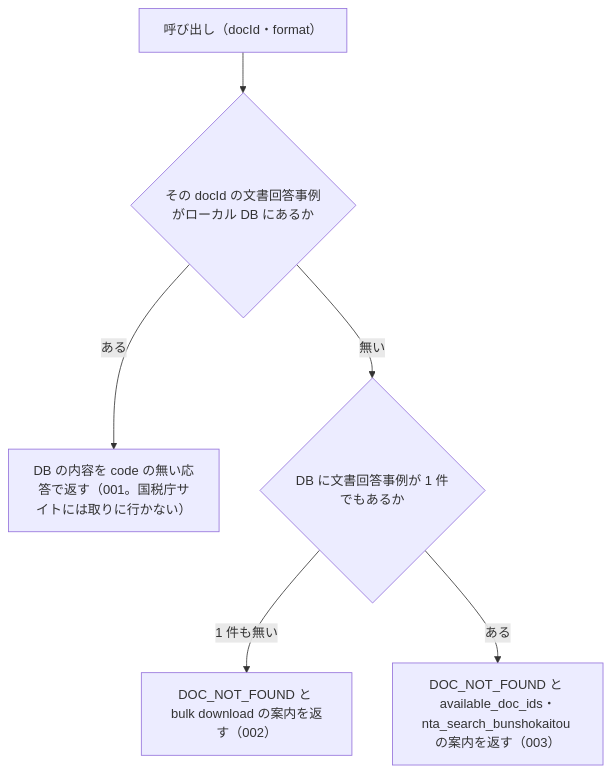
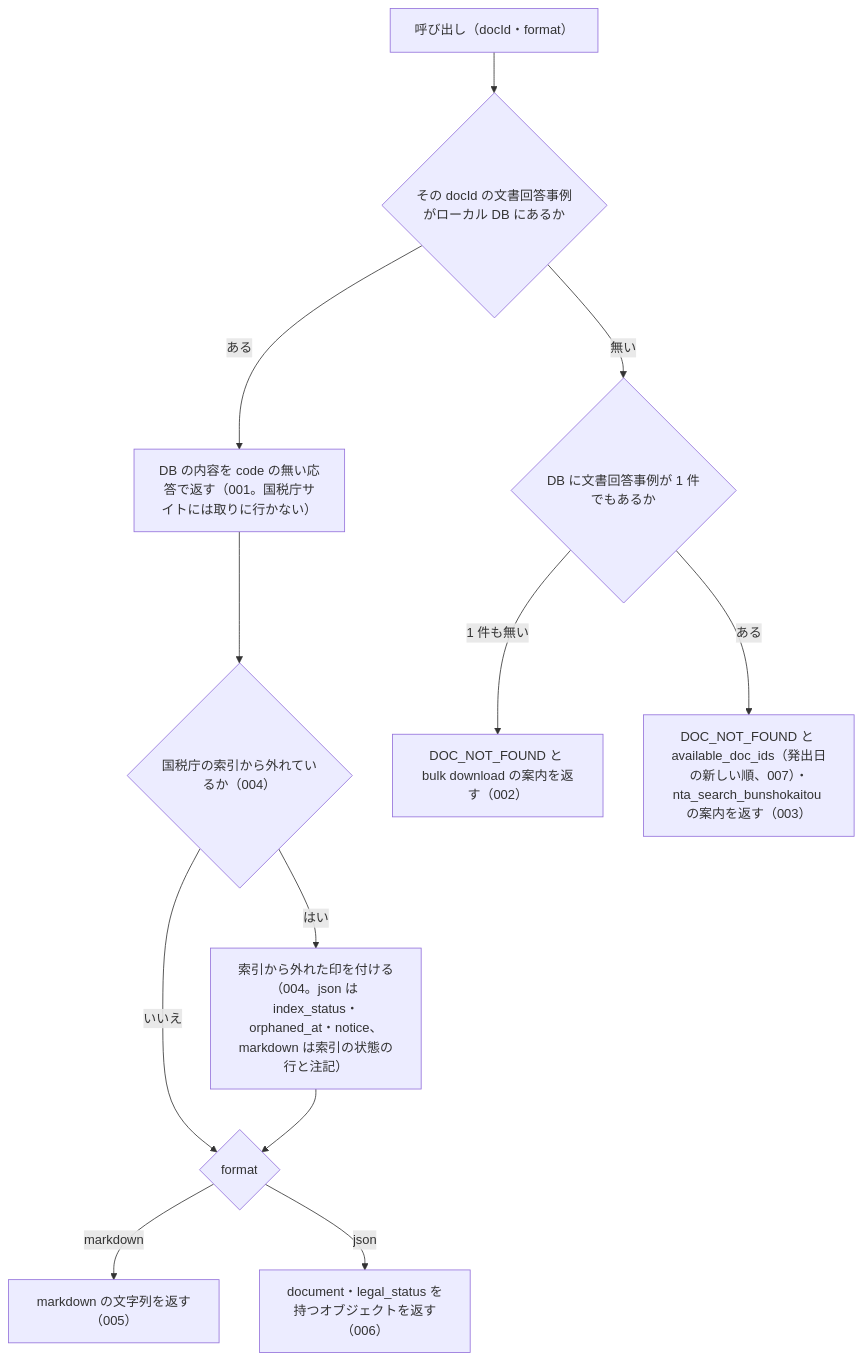
The diagram in specs/current/nta_get_bunshokaitou/spec.md (shuji-bonji/houki-nta-mcp), drawn with Mermaid before and after one commit. The commit also changed other lines of this file and 45 other files, not shown here.

````diff
--- a/specs/current/nta_get_bunshokaitou/spec.md
+++ b/specs/current/nta_get_bunshokaitou/spec.md
@@ -28,8 +28,14 @@
 ```mermaid
 flowchart TD
   A["呼び出し（docId・format）"] --> B{"その docId の文書回答事例がローカル DB にあるか"}
   B -- ある --> C["DB の内容を code の無い応答で返す（001。国税庁サイトには取りに行かない）"]
+  C --> F{"国税庁の索引から外れているか（004）"}
+  F -- はい --> G["索引から外れた印を付ける（004。json は index_status・orphaned_at・notice、markdown は索引の状態の行と注記）"]
+  F -- いいえ --> H{"format"}
+  G --> H
+  H -- markdown --> I["markdown の文字列を返す（005）"]
+  H -- json --> J["document・legal_status を持つオブジェクトを返す（006）"]
   B -- 無い --> D{"DB に文書回答事例が 1 件でもあるか"}
   D -- 1 件も無い --> E1["DOC_NOT_FOUND と bulk download の案内を返す（002）"]
-  D -- ある --> E2["DOC_NOT_FOUND と available_doc_ids・nta_search_bunshokaitou の案内を返す（003）"]
+  D -- ある --> E2["DOC_NOT_FOUND と available_doc_ids（発出日の新しい順、007）・nta_search_bunshokaitou の案内を返す（003）"]
 ```
````
